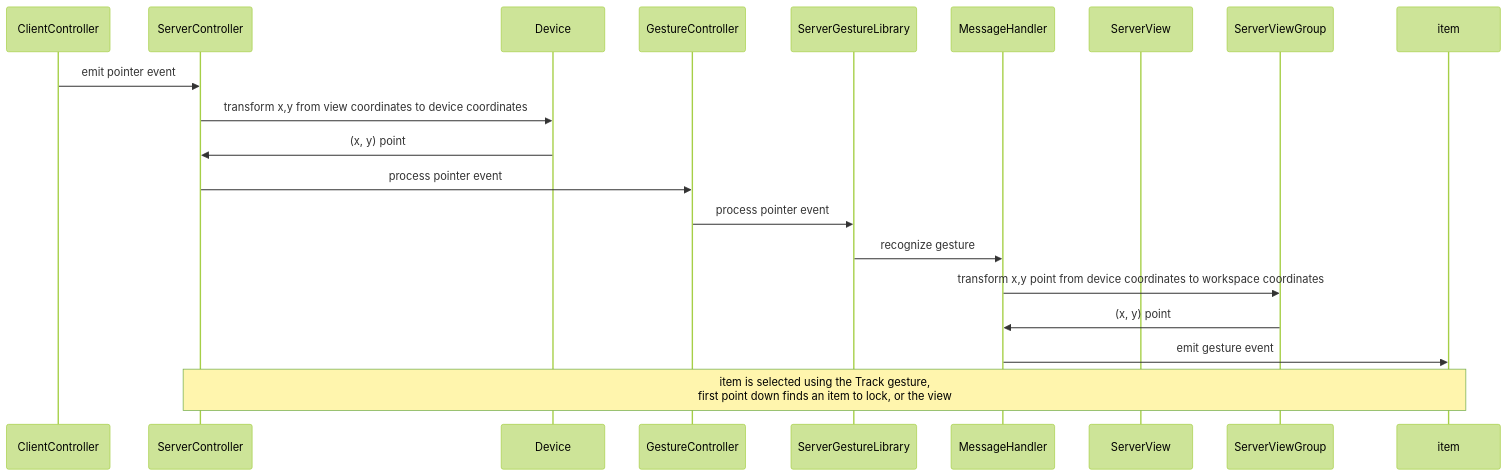
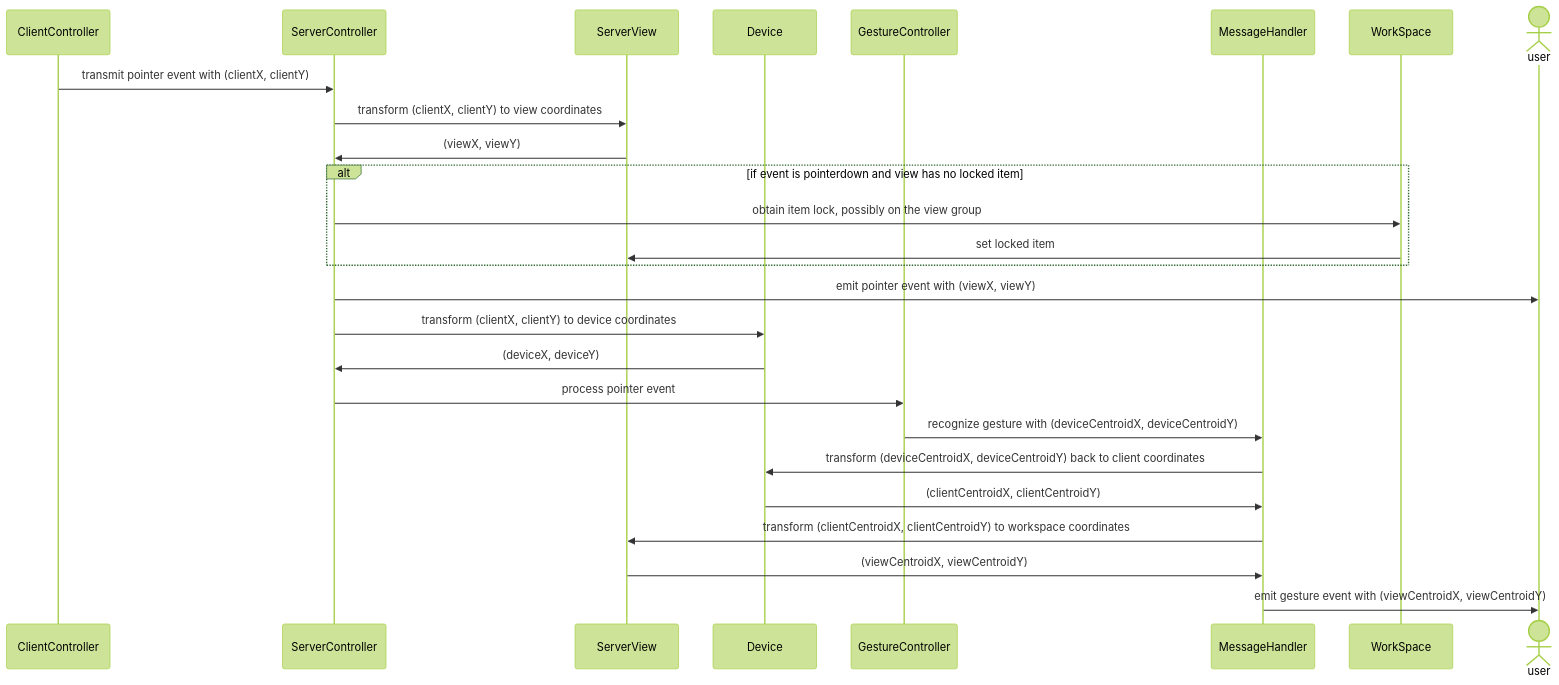
One commit to hcilab/wams changed the diagram in gestures.md. Above: the diagram before and after it, drawn with Mermaid (forest theme). The commit also changed other lines of this file, not shown here.

Commit message:
Update gestures.md to reflect current state of gesture recognition algorithm

````diff
--- a/gestures.md
+++ b/gestures.md
@@ -25,25 +1,29 @@
 ```mermaid
 sequenceDiagram
     participant cc as ClientController
     participant sc as ServerController
+    participant sv as ServerView
     participant dv as Device
     participant gc as GestureController
-    participant sg as ServerGestureLibrary
     participant mh as MessageHandler
-    participant sv as ServerView
-    participant svg as ServerViewGroup
-    participant item
+    participant ws as WorkSpace
+    actor user
 
-    cc ->> sc : emit pointer event
-    sc ->> dv : transform x,y from view coordinates to device coordinates
-    dv ->> sc : (x, y) point
+    cc ->> sc : transmit pointer event with (clientX, clientY)
+    sc ->> sv : transform (clientX, clientY) to view coordinates
+    sv ->> sc : (viewX, viewY)
+    alt if event is pointerdown and view has no locked item
+        sc ->> ws : obtain item lock, possibly on the view group
+        ws ->> sv : set locked item
+    end
+    sc ->> user : emit pointer event with (viewX, viewY)
+    sc ->> dv : transform (clientX, clientY) to device coordinates
+    dv ->> sc : (deviceX, deviceY)
     sc ->> gc : process pointer event
-    gc ->> sg : process pointer event
-    sg ->> mh : recognize gesture
-    mh ->> svg : transform x,y point from device coordinates to workspace coordinates
-
-    svg ->> mh : (x, y) point
-    mh ->> item : emit gesture event
-
-    note over sc, item: item is selected using the Track gesture,<br>first point down finds an item to lock, or the view
+    gc ->> mh : recognize gesture with (deviceCentroidX, deviceCentroidY)
+    mh ->> dv : transform (deviceCentroidX, deviceCentroidY) back to client coordinates
+    dv ->> mh : (clientCentroidX, clientCentroidY)
+    mh ->> sv : transform (clientCentroidX, clientCentroidY) to workspace coordinates
+    sv ->> mh : (viewCentroidX, viewCentroidY)
+    mh ->> user : emit gesture event with (viewCentroidX, viewCentroidY)
 ```
````
